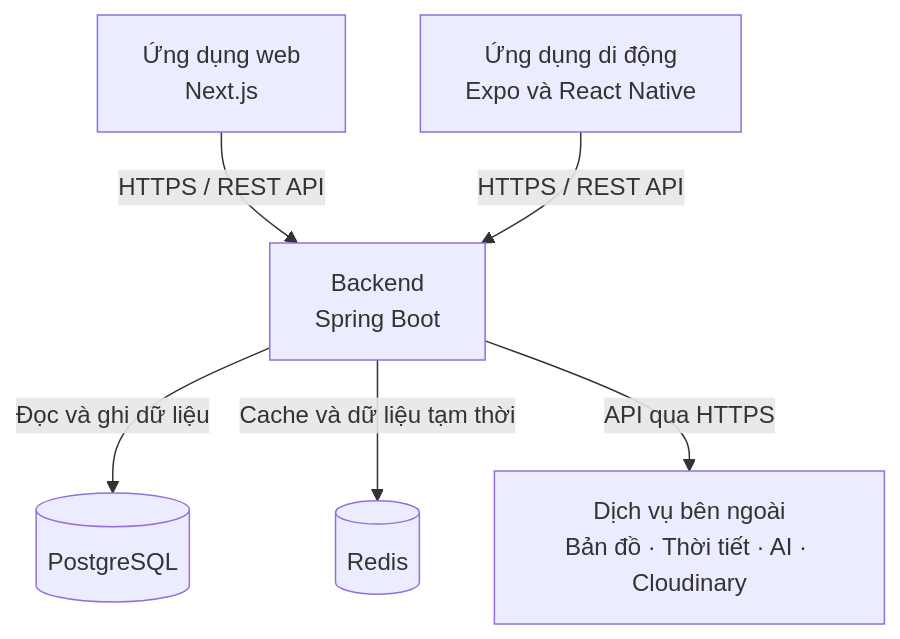
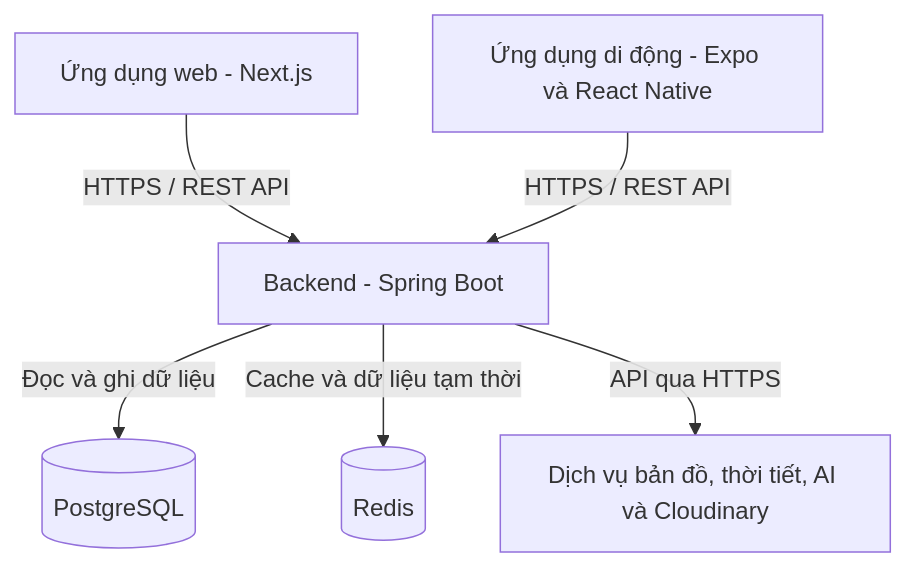
The first of 3 diagrams in docs/CHUONG_4_1_KIEN_TRUC_TONG_THE.md (BuiTrungKien333/travel-system), drawn with Mermaid before and after one commit. The commit also changed other lines of this file and 8 other files, not shown here.

````diff
--- a/docs/CHUONG_4_1_KIEN_TRUC_TONG_THE.md
+++ b/docs/CHUONG_4_1_KIEN_TRUC_TONG_THE.md
@@ -19,15 +19,15 @@
 ```mermaid
 flowchart TB
-    Web["Ứng dụng web<br/>Next.js"]
-    Mobile["Ứng dụng di động<br/>Expo và React Native"]
-    Backend["Backend<br/>Spring Boot"]
+    Web["Ứng dụng web - Next.js"]
+    Mobile["Ứng dụng di động - Expo và React Native"]
+    Backend["Backend - Spring Boot"]
     PostgreSQL[("PostgreSQL")]
     Redis[("Redis")]
-    External["Dịch vụ bên ngoài<br/>Bản đồ · Thời tiết · AI · Cloudinary"]
+    External["Dịch vụ bản đồ, thời tiết, AI và Cloudinary"]
 
     Web -->|"HTTPS / REST API"| Backend
     Mobile -->|"HTTPS / REST API"| Backend
     Backend -->|"Đọc và ghi dữ liệu"| PostgreSQL
     Backend -->|"Cache và dữ liệu tạm thời"| Redis
     Backend -->|"API qua HTTPS"| External
 ```
````
